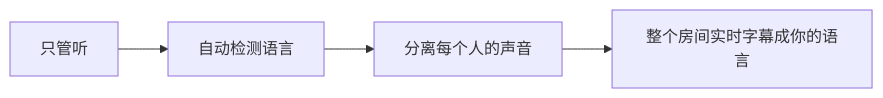
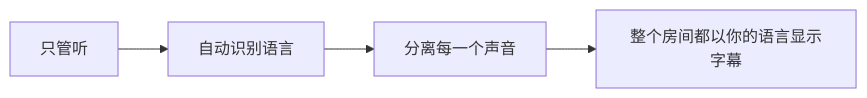
One commit to rpalm01-star/VigilantEarLegal changed the first of 4 diagrams in README_zh-Hans.md. Above: the diagram before and after it, drawn with Mermaid. The commit also changed other lines of this file and 29 other files, not shown here.

````diff
--- a/README_zh-Hans.md
+++ b/README_zh-Hans.md
@@ -62,4 +65,4 @@
 ```mermaid
 graph LR
-    A["只管听"] --> B["自动检测语言"] --> C["分离每个人的声音"] --> D["整个房间实时字幕成你的语言"]
+    A["只管听"] --> B["自动识别语言"] --> C["分离每一个声音"] --> D["整个房间都以你的语言显示字幕"]
 ```
````
